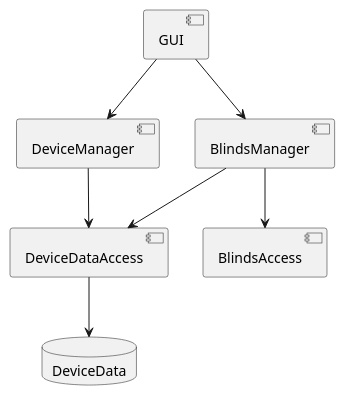
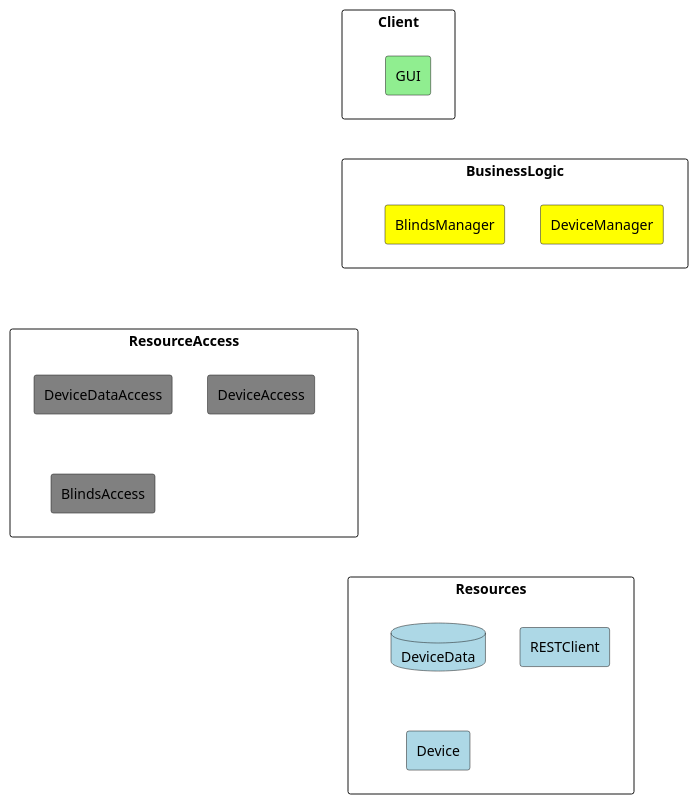
Before and after one commit to k-phi/M5Core2BlindsController: the diagram in documentation/static-architecture.puml, drawn with PlantUML. The commit also changed 1 other file, not shown here.

```diff
--- a/documentation/static-architecture.puml
+++ b/documentation/static-architecture.puml
@@ -1,11 +1,30 @@
-@startuml
+@startuml Static Architecture
 
-database DeviceData
-[GUI] --> [DeviceManager]
-[GUI] --> [BlindsManager]
-[DeviceManager] --> [DeviceDataAccess]
-[BlindsManager] --> [DeviceDataAccess]
-[DeviceDataAccess] --> DeviceData
-[BlindsManager] --> [BlindsAccess]
+skinparam ComponentStyle rectangle
+
+component Client {
+    [GUI] #LightGreen
+}
+
+component BusinessLogic {
+    [DeviceManager] #Yellow
+    [BlindsManager] #Yellow   
+}
+
+component ResourceAccess {
+    [DeviceDataAccess] #Grey
+    [DeviceAccess] #Grey
+    [BlindsAccess] #Grey
+}
+
+component Resources {
+    database DeviceData #LightBlue
+    [RESTClient] #LightBlue
+    [Device] #LightBlue
+}
+
+Client -[hidden]d-> BusinessLogic
+BusinessLogic --[hidden]d-> ResourceAccess
+ResourceAccess --[hidden]d-> Resources
 
 @enduml
```
